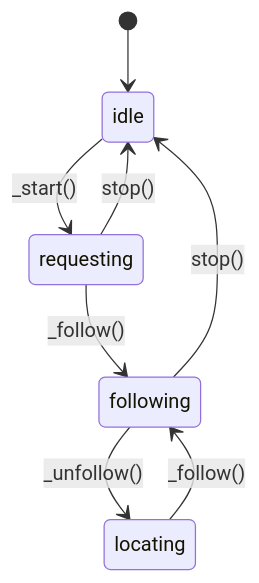
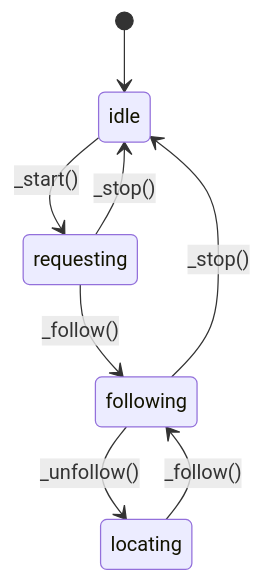
The diagram in README.md (cdupre/leaflet.boating), drawn with Mermaid before and after one commit. The commit also changed other lines of this file and 3 other files, not shown here.

````diff
--- a/README.md
+++ b/README.md
@@ -100,10 +82,10 @@
 ```mermaid
 stateDiagram-v2
     [*] --> idle
     idle --> requesting: _start()
-    requesting --> idle: stop()
+    requesting --> idle: _stop()
     requesting --> following: _follow()
-    following --> idle: stop()
+    following --> idle: _stop()
     following --> locating: _unfollow()
     locating --> following: _follow()
 ```
````
